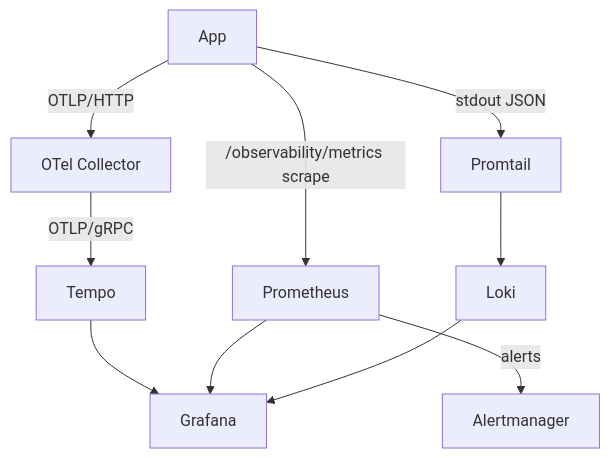
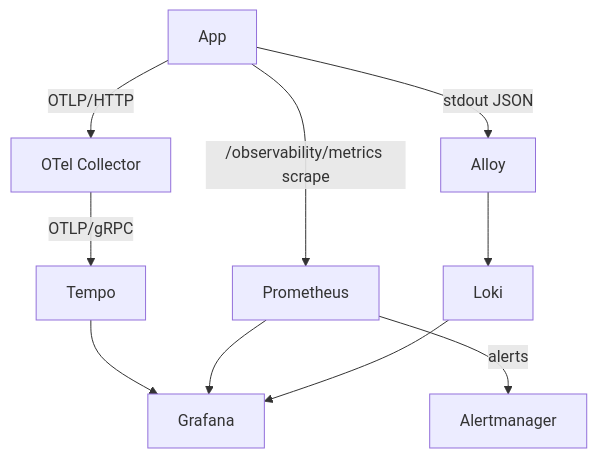
Before and after one commit to Guebbit/boilerplate-node-backend: the diagram in docs/tools/grafana.md, drawn with Mermaid. The commit also changed other lines of this file and 24 other files, not shown here.

First line of the commit message:
refactor(observability): ship dev container logs with alloy, drop promtail

````diff
--- a/docs/tools/grafana.md
+++ b/docs/tools/grafana.md
@@ -29,12 +29,12 @@
 ```mermaid
 flowchart TD
     App -->|OTLP/HTTP| Collector[OTel Collector]
     Collector -->|OTLP/gRPC| Tempo
     App -->|/observability/metrics scrape| Prometheus
-    App -->|stdout JSON| Promtail
-    Promtail --> Loki
+    App -->|stdout JSON| Alloy
+    Alloy --> Loki
     Prometheus -->|alerts| Alertmanager
     Tempo --> Grafana
     Prometheus --> Grafana
     Loki --> Grafana
 ```
````
